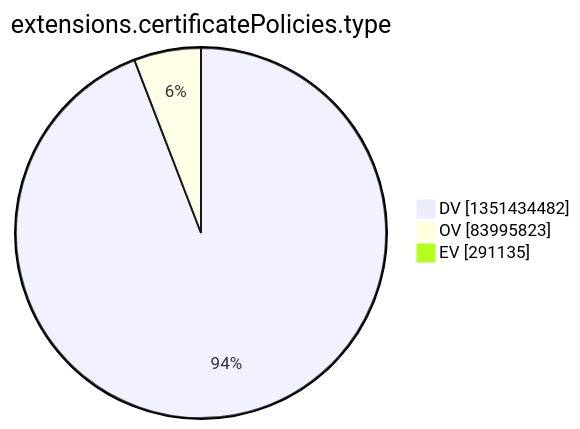
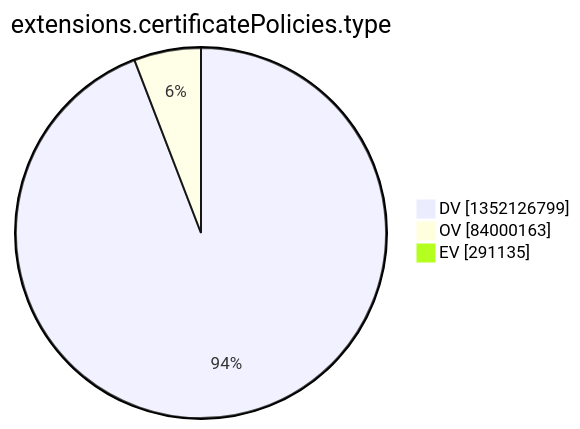
Before and after one commit to christiankrug/ctmonitor_visualization: the tenth of 15 diagrams in argon2022/README.md, drawn with Mermaid. The commit also changed other lines of this file, not shown here.

````diff
--- a/argon2022/README.md
+++ b/argon2022/README.md
@@ -2773,7 +2773,7 @@
 ```mermaid
 pie showData
 title extensions.certificatePolicies.type
-"DV" :1351434482
-"OV" :83995823
+"DV" :1352126799
+"OV" :84000163
 "EV" :291135
 ```
````
